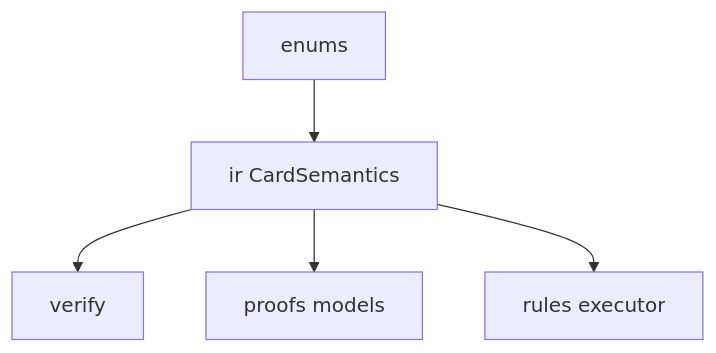
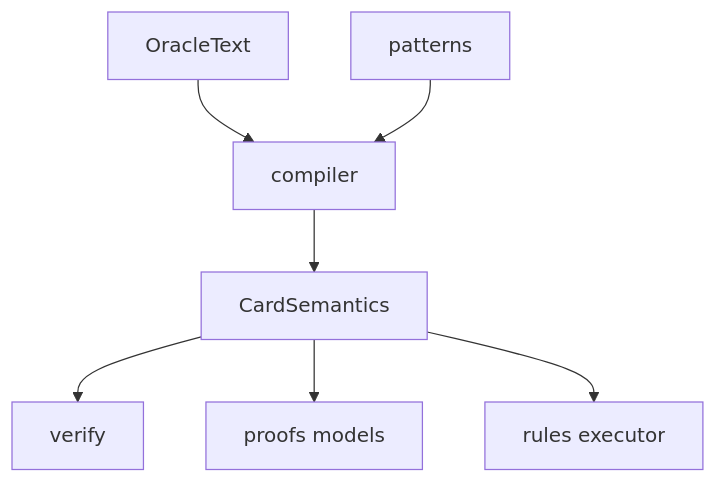
One commit to witzbeck/mtg-loop-engine changed the diagram in src/mtg_loop_engine/semantics/README.md. Above: the diagram before and after it, drawn with Mermaid. The commit also changed other lines of this file and 4 other files, not shown here.

First line of the commit message:
Add deterministic Oracle text compiler and ability patterns.

````diff
--- a/src/mtg_loop_engine/semantics/README.md
+++ b/src/mtg_loop_engine/semantics/README.md
@@ -9,7 +9,9 @@
 ```mermaid
 graph TB;
-  enums[enums] --> ir[ir CardSemantics];
+  oracleText[OracleText] --> compiler[compiler];
+  patterns[patterns] --> compiler;
+  compiler --> ir[CardSemantics];
   ir --> verify[verify];
   ir --> proofs[proofs models];
   ir --> rules[rules executor];
 ```
````
